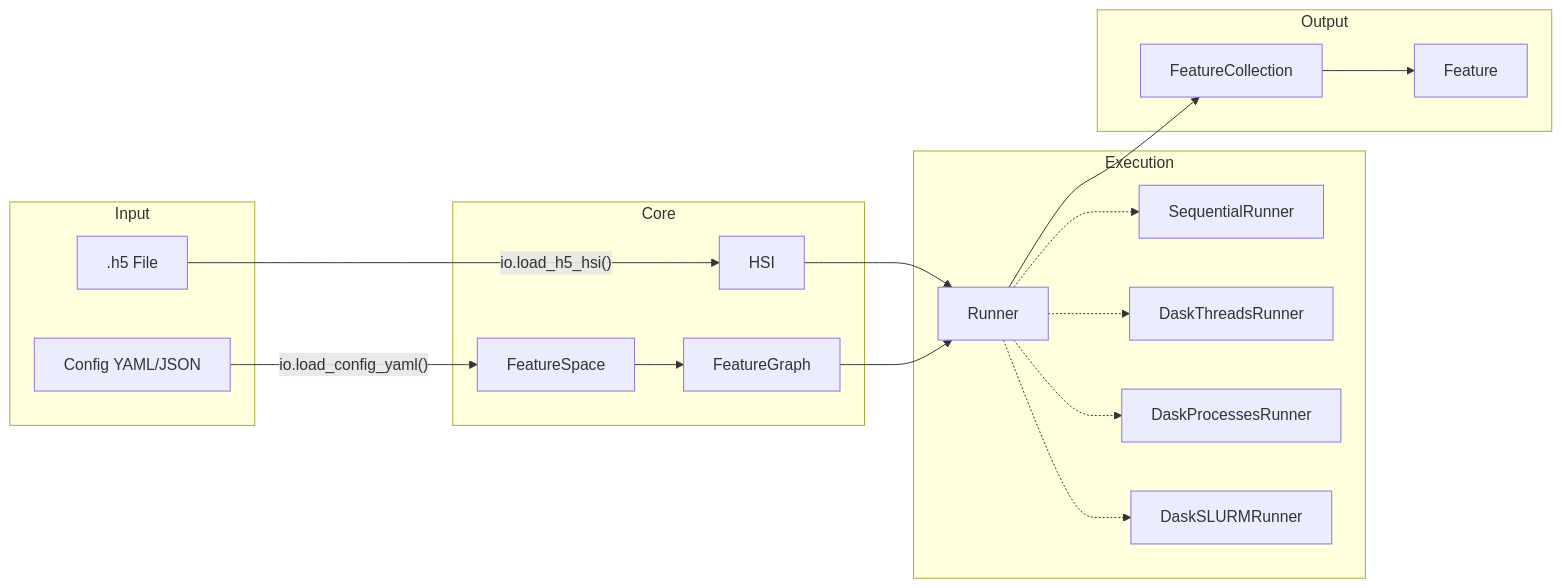
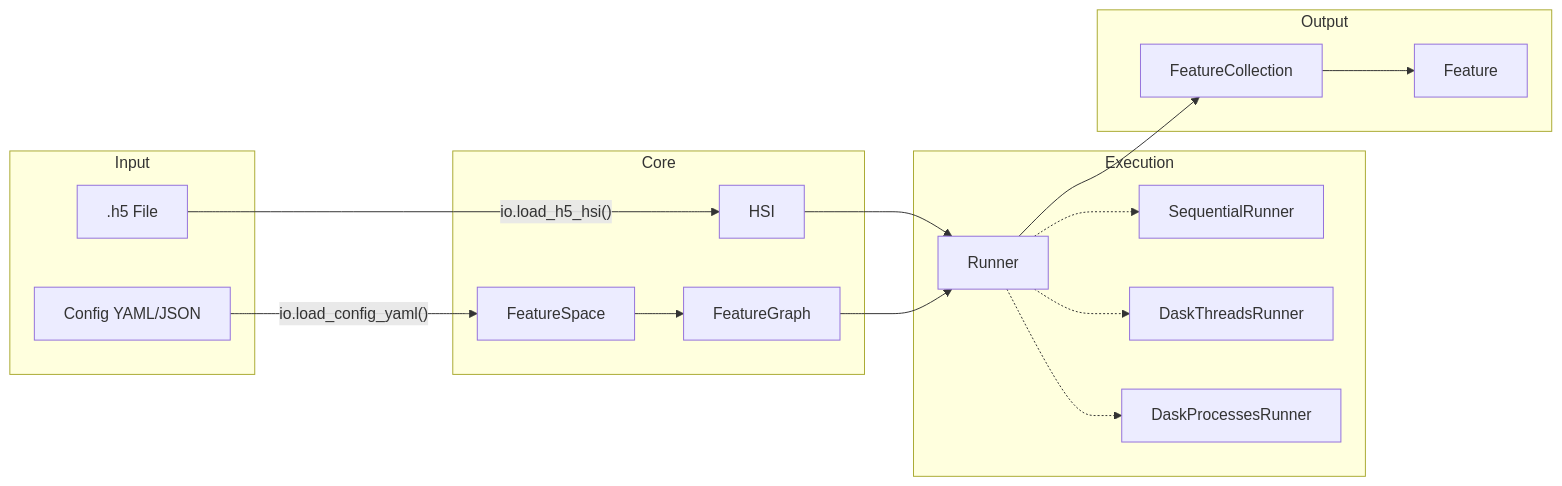
The first of 6 diagrams in docs/source/architecture.rst (quatrope/hyppo), drawn with Mermaid before and after one commit. The commit also changed other lines of this file and 28 other files, not shown here.

First line of the commit message:
improve test quality: add regression tests, fix exceptions, remove DaskSLURMRunner refs

```diff
--- a/docs/source/architecture.rst
+++ b/docs/source/architecture.rst
@@ -11,39 +11,37 @@
 .. mermaid::
 
    flowchart LR
        subgraph Input
            H5[".h5 File"]
            YAML["Config YAML/JSON"]
        end
 
        subgraph Core
            HSI["HSI"]
            FS["FeatureSpace"]
            FG["FeatureGraph"]
        end
 
        subgraph Execution
            Runner["Runner"]
            SEQ["SequentialRunner"]
            DT["DaskThreadsRunner"]
            DP["DaskProcessesRunner"]
-           DS["DaskSLURMRunner"]
        end
 
        subgraph Output
            FC["FeatureCollection"]
            Feature["Feature"]
        end
 
        H5 -->|"io.load_h5_hsi()"| HSI
        YAML -->|"io.load_config_yaml()"| FS
        FS --> FG
        HSI --> Runner
        FG --> Runner
        Runner --> FC
        FC --> Feature
 
        Runner -.-> SEQ
        Runner -.-> DT
        Runner -.-> DP
-       Runner -.-> DS
```
